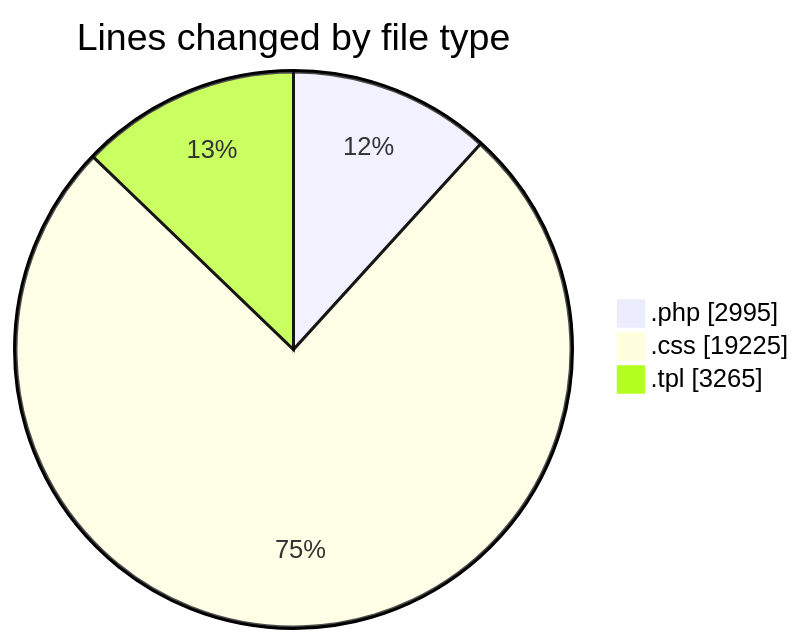
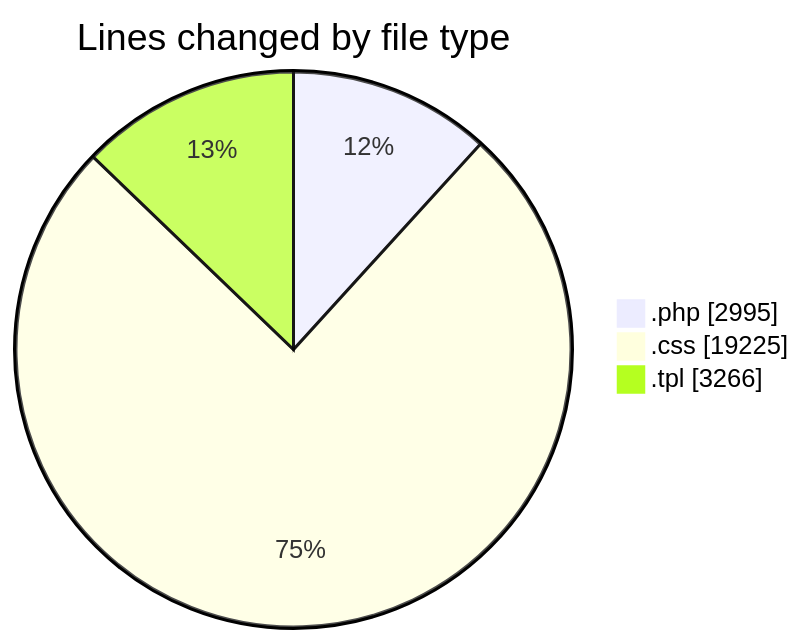
Before and after one commit to vahidmafi/code-tracking: the first of 2 diagrams in 2025-03-23/zeytoon/README.md, drawn with Mermaid. The commit also changed other lines of this file and 1 other file, not shown here.

````diff
--- a/2025-03-23/zeytoon/README.md
+++ b/2025-03-23/zeytoon/README.md
@@ -29,7 +29,7 @@
 ```mermaid
 pie showData
 title Lines changed by file type
 ".php" : 2995
 ".css" : 19225
-".tpl" : 3265
+".tpl" : 3266
 ```
````
